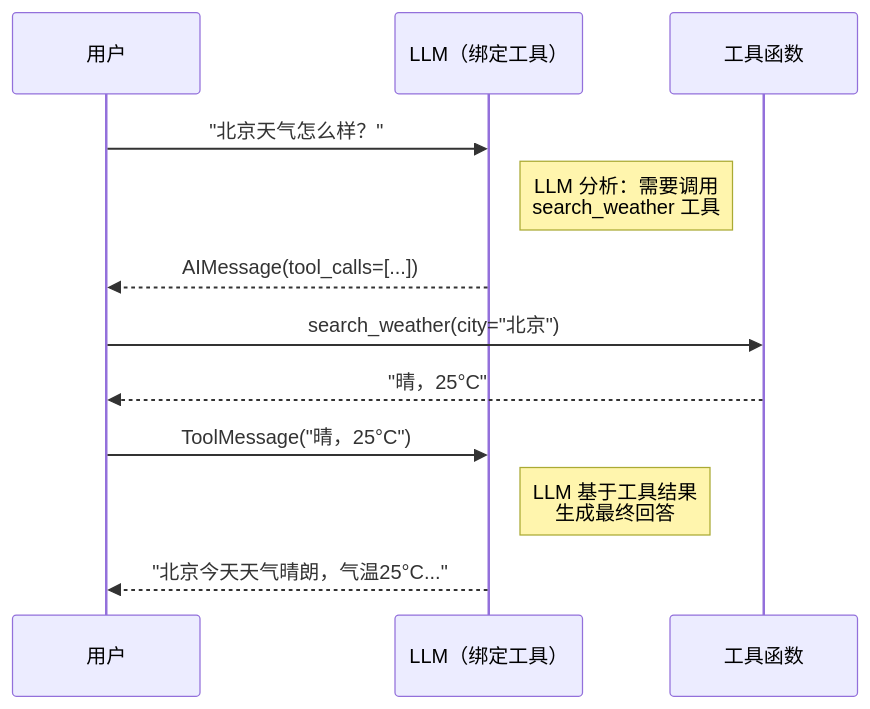
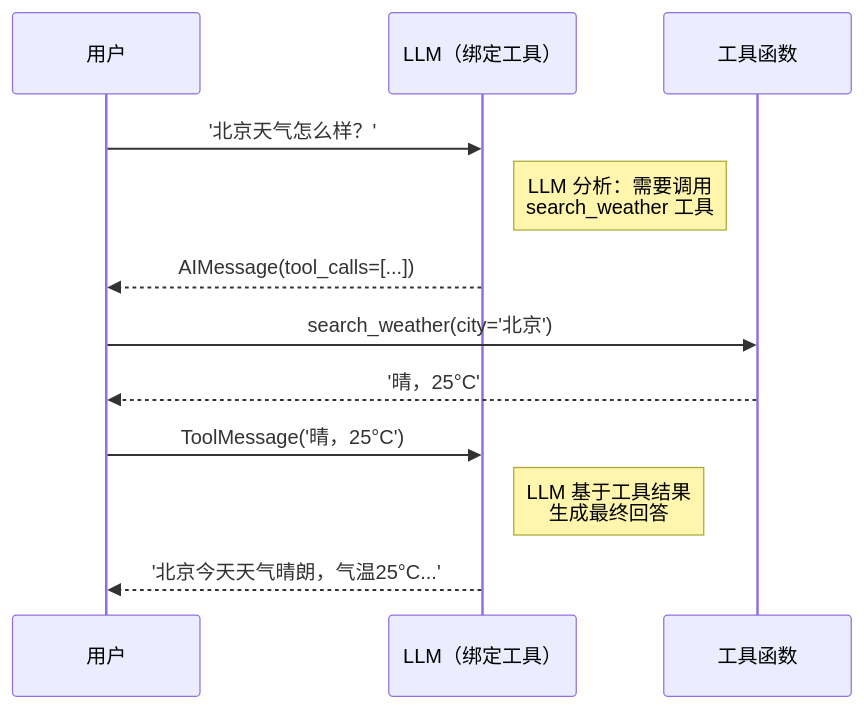
Before and after one commit to Cleam/langchain: the first of 4 diagrams in learn/13-tools-agents.md, drawn with Mermaid. The commit also changed other lines of this file and 7 other files, not shown here.

First line of the commit message:
docs(learn): fix mermaid diagram syntax errors across all tutorial chapters

````diff
--- a/learn/13-tools-agents.md
+++ b/learn/13-tools-agents.md
@@ -140,17 +140,17 @@
 ```mermaid
 sequenceDiagram
     participant U as 用户
     participant M as LLM（绑定工具）
     participant T as 工具函数
 
-    U->>M: "北京天气怎么样？"
+    U->>M: '北京天气怎么样？'
     Note right of M: LLM 分析：需要调用<br/>search_weather 工具
     M-->>U: AIMessage(tool_calls=[...])
     
-    U->>T: search_weather(city="北京")
-    T-->>U: "晴，25°C"
+    U->>T: search_weather(city='北京')
+    T-->>U: '晴，25°C'
     
-    U->>M: ToolMessage("晴，25°C")
+    U->>M: ToolMessage('晴，25°C')
     Note right of M: LLM 基于工具结果<br/>生成最终回答
-    M-->>U: "北京今天天气晴朗，气温25°C..."
+    M-->>U: '北京今天天气晴朗，气温25°C...'
 ```
````
